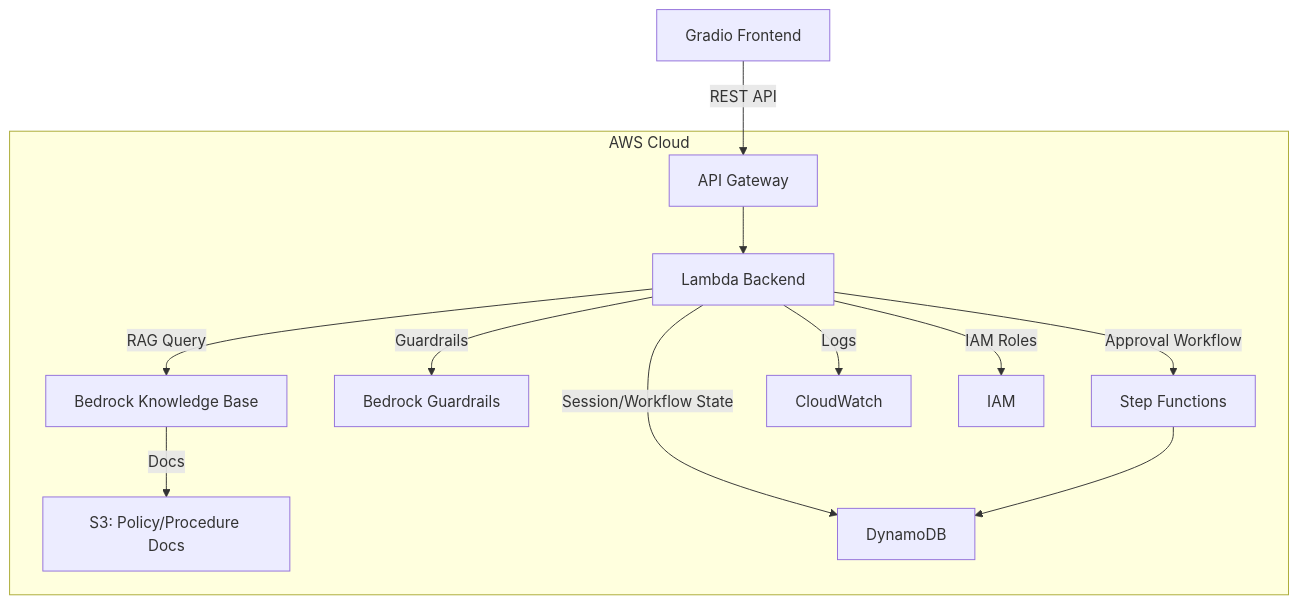
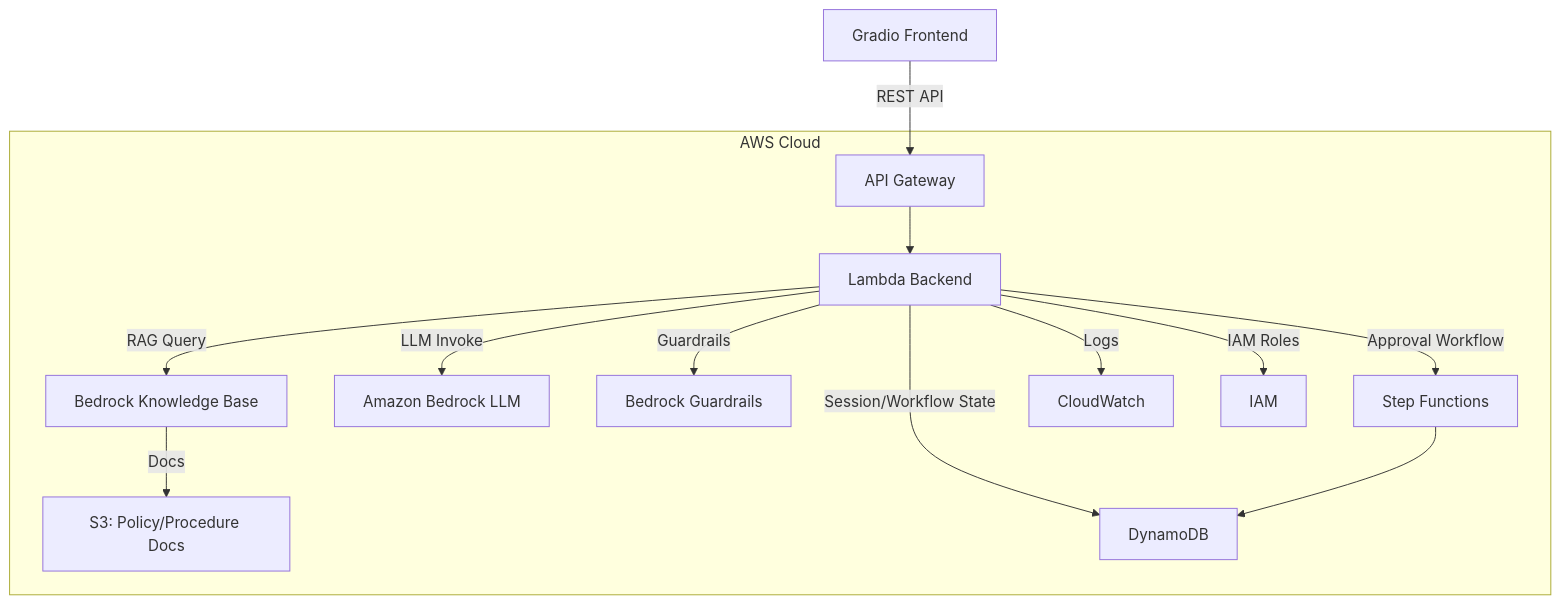
One commit to reedba/AWS-Clinical-Support-Copilot changed the diagram in README.md. Above: the diagram before and after it, drawn with Mermaid. The commit also changed other lines of this file, not shown here.

````diff
--- a/README.md
+++ b/README.md
@@ -226,24 +231,26 @@
 ```mermaid
 flowchart TD
 	A[Gradio Frontend] -->|REST API| B[API Gateway]
 	B --> C[Lambda Backend]
 	C -->|RAG Query| D[Bedrock Knowledge Base]
 	D -->|Docs| E[S3: Policy/Procedure Docs]
+	C -->|LLM Invoke| K[Amazon Bedrock LLM]
 	C -->|Guardrails| F[Bedrock Guardrails]
 	C -->|Session/Workflow State| G[DynamoDB]
 	C -->|Approval Workflow| H[Step Functions]
 	H --> G
 	C -->|Logs| I[CloudWatch]
 	C -->|IAM Roles| J[IAM]
 	subgraph AWS Cloud
 		B
 		C
 		D
 		E
+		K
 		F
 		G
 		H
 		I
 		J
 	end
 ```
````
